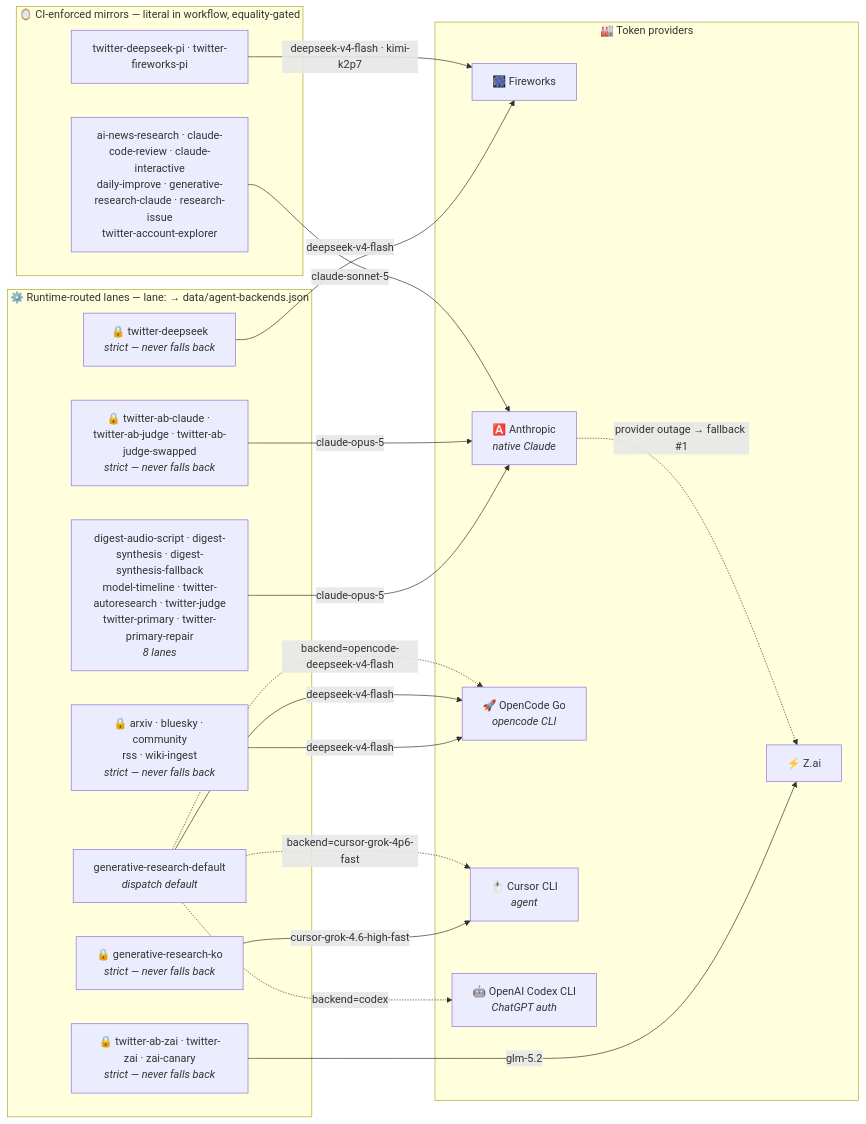
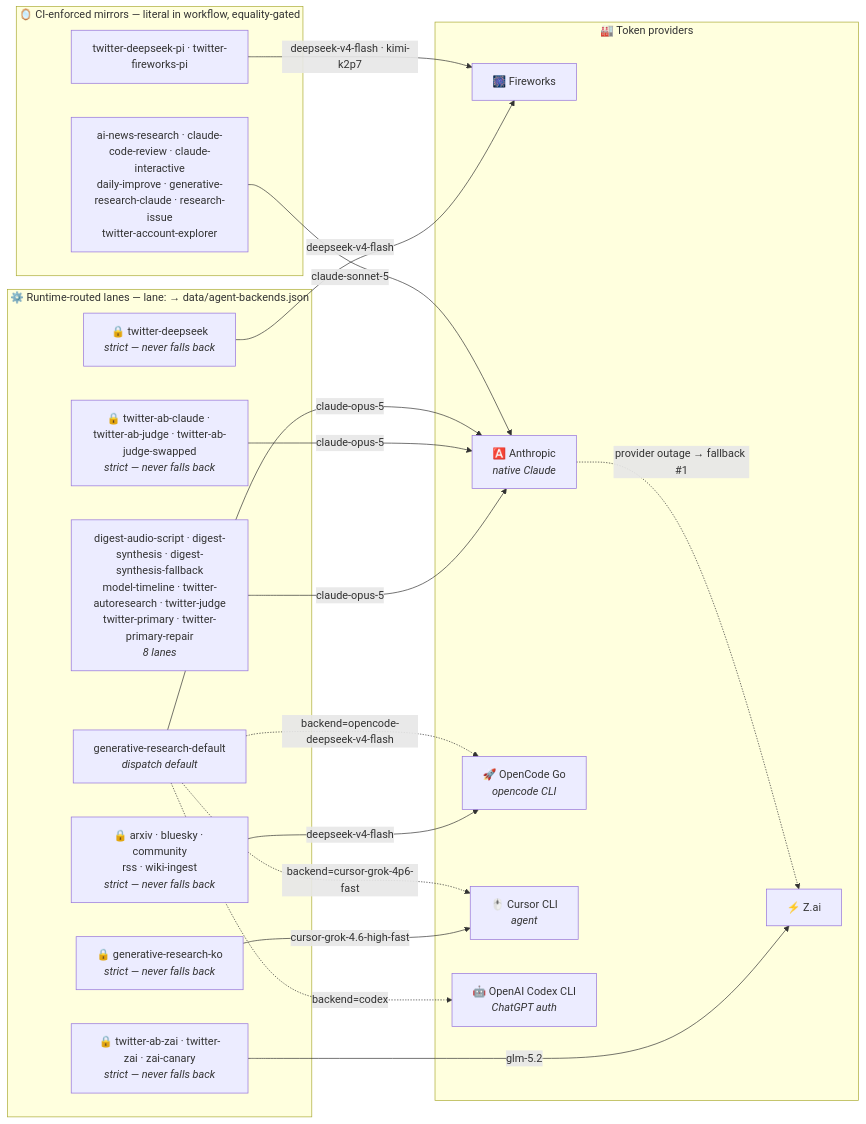
One commit to guzus/ai-research-arm changed the second of 2 diagrams in README.md. Above: the diagram before and after it, drawn with Mermaid. The commit also changed 8 other files, not shown here.

````diff
--- a/README.md
+++ b/README.md
@@ -152,37 +152,37 @@
 ```mermaid
 flowchart LR
     subgraph runtime["⚙️ Runtime-routed lanes — lane: → data/agent-backends.json"]
         lanes0["digest-audio-script · digest-synthesis · digest-synthesis-fallback<br/>model-timeline · twitter-autoresearch · twitter-judge<br/>twitter-primary · twitter-primary-repair<br/><i>8 lanes</i>"]
         strict0["🔒 twitter-ab-claude · twitter-ab-judge · twitter-ab-judge-swapped<br/><i>strict — never falls back</i>"]
         strict1["🔒 generative-research-ko<br/><i>strict — never falls back</i>"]
         strict2["🔒 twitter-deepseek<br/><i>strict — never falls back</i>"]
         strict3["🔒 arxiv · bluesky · community<br/>rss · wiki-ingest<br/><i>strict — never falls back</i>"]
         strict4["🔒 twitter-ab-zai · twitter-zai · zai-canary<br/><i>strict — never falls back</i>"]
         gendef["generative-research-default<br/><i>dispatch default</i>"]
     end
     subgraph mirrors["🪞 CI-enforced mirrors — literal in workflow, equality-gated"]
         pi["twitter-deepseek-pi · twitter-fireworks-pi"]
         native["ai-news-research · claude-code-review · claude-interactive<br/>daily-improve · generative-research-claude · research-issue<br/>twitter-account-explorer"]
     end
     subgraph providers["🏭 Token providers"]
         FW["🎆 Fireworks"]
         ZAI["⚡ Z.ai"]
         ANT["🅰️ Anthropic<br/><i>native Claude</i>"]
         OC["🚀 OpenCode Go<br/><i>opencode CLI</i>"]
         CUR["🖱️ Cursor CLI<br/><i>agent</i>"]
         OAI["🤖 OpenAI Codex CLI<br/><i>ChatGPT auth</i>"]
     end
     lanes0 -->|"claude-opus-5"| ANT
     strict0 -->|"claude-opus-5"| ANT
     strict1 -->|"cursor-grok-4.6-high-fast"| CUR
     strict2 -->|"deepseek-v4-flash"| FW
     strict3 -->|"deepseek-v4-flash"| OC
     strict4 -->|"glm-5.2"| ZAI
-    gendef -->|"deepseek-v4-flash"| OC
+    gendef -->|"claude-opus-5"| ANT
     pi -->|"deepseek-v4-flash · kimi-k2p7"| FW
     native -->|"claude-sonnet-5"| ANT
     gendef -.->|"backend=codex"| OAI
     gendef -.->|"backend=opencode-deepseek-v4-flash"| OC
     gendef -.->|"backend=cursor-grok-4p6-fast"| CUR
     ANT -. "provider outage → fallback #1" .-> ZAI
 ```
````
